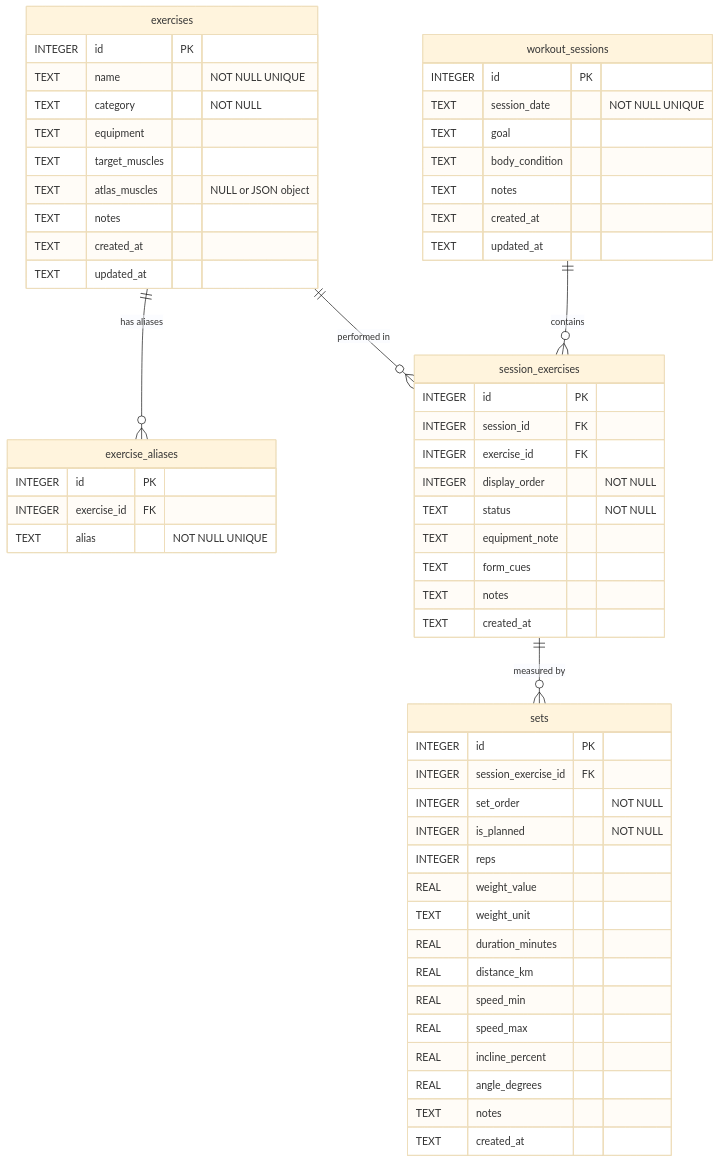
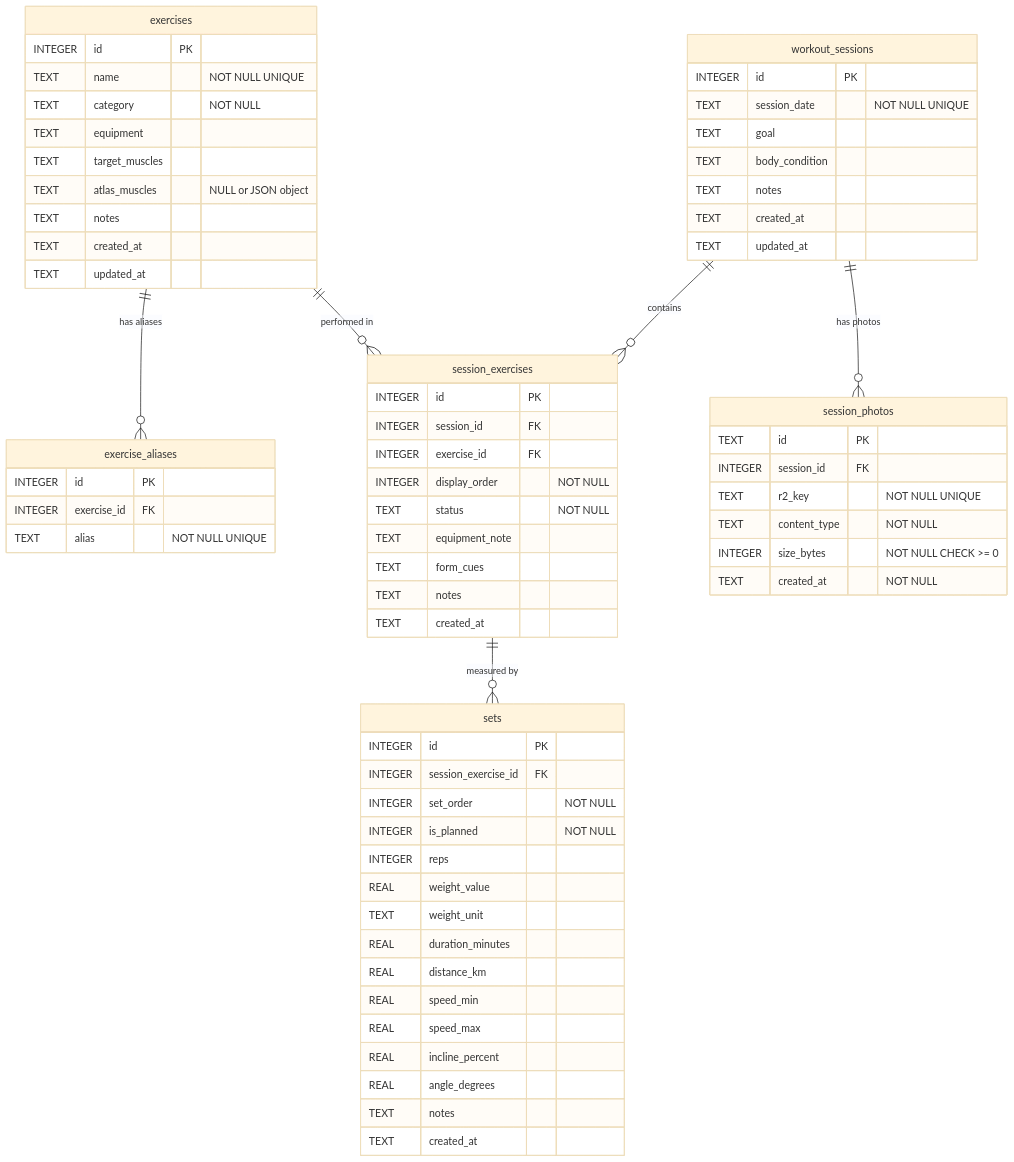
The diagram in docs/database.md (japan4415/training-logger), drawn with Mermaid (base theme) before and after one commit. The commit also changed other lines of this file and 37 other files, not shown here.

````diff
--- a/docs/database.md
+++ b/docs/database.md
@@ -43,65 +44,75 @@
 ```mermaid
 erDiagram
     exercises ||--o{ exercise_aliases : "has aliases"
     exercises ||--o{ session_exercises : "performed in"
     workout_sessions ||--o{ session_exercises : "contains"
+    workout_sessions ||--o{ session_photos : "has photos"
     session_exercises ||--o{ sets : "measured by"
 
     exercises {
         INTEGER id PK
         TEXT name "NOT NULL UNIQUE"
         TEXT category "NOT NULL"
         TEXT equipment
         TEXT target_muscles
         TEXT atlas_muscles "NULL or JSON object"
         TEXT notes
         TEXT created_at
         TEXT updated_at
     }
 
     exercise_aliases {
         INTEGER id PK
         INTEGER exercise_id FK
         TEXT alias "NOT NULL UNIQUE"
     }
 
     workout_sessions {
         INTEGER id PK
         TEXT session_date "NOT NULL UNIQUE"
         TEXT goal
         TEXT body_condition
         TEXT notes
         TEXT created_at
         TEXT updated_at
     }
 
     session_exercises {
         INTEGER id PK
         INTEGER session_id FK
         INTEGER exercise_id FK
         INTEGER display_order "NOT NULL"
         TEXT status "NOT NULL"
         TEXT equipment_note
         TEXT form_cues
         TEXT notes
         TEXT created_at
     }
 
     sets {
         INTEGER id PK
         INTEGER session_exercise_id FK
         INTEGER set_order "NOT NULL"
         INTEGER is_planned "NOT NULL"
         INTEGER reps
         REAL weight_value
         TEXT weight_unit
         REAL duration_minutes
         REAL distance_km
         REAL speed_min
         REAL speed_max
         REAL incline_percent
         REAL angle_degrees
         TEXT notes
         TEXT created_at
     }
+
+    session_photos {
+        TEXT id PK
+        INTEGER session_id FK
+        TEXT r2_key "NOT NULL UNIQUE"
+        TEXT content_type "NOT NULL"
+        INTEGER size_bytes "NOT NULL CHECK >= 0"
+        TEXT created_at "NOT NULL"
+    }
 ```
````
